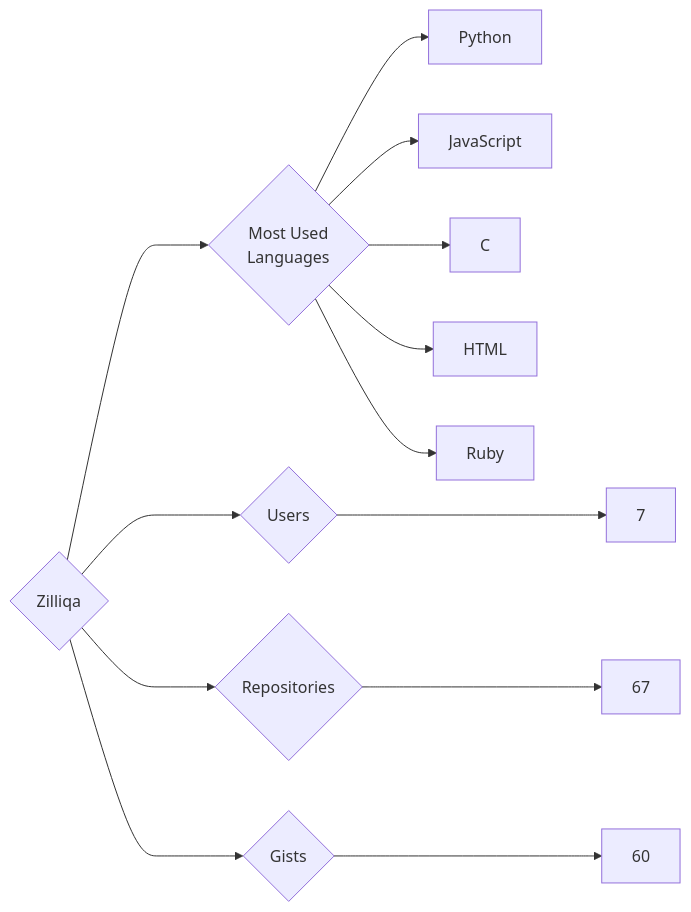
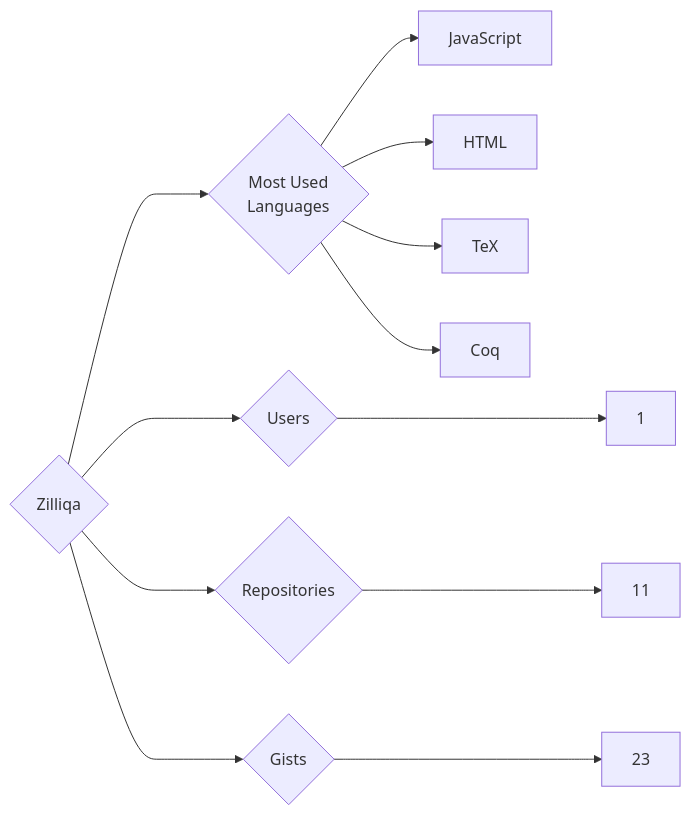
One commit to trickest/insiders changed the diagram in targets/Zilliqa/README.md. Above: the diagram before and after it, drawn with Mermaid. The commit also changed 970 other files, not shown here.

````diff
--- a/targets/Zilliqa/README.md
+++ b/targets/Zilliqa/README.md
@@ -3,13 +3,12 @@
 ```mermaid
 graph LR
 COMPANY_NAME{Zilliqa}
-COMPANY_NAME ---> U{Users} ---> UN[7]
-COMPANY_NAME ---> R{Repositories} ---> RN[67]
-COMPANY_NAME ---> G{Gists} ---> GN[60]
+COMPANY_NAME ---> U{Users} ---> UN[1]
+COMPANY_NAME ---> R{Repositories} ---> RN[11]
+COMPANY_NAME ---> G{Gists} ---> GN[23]
 COMPANY_NAME ---> ML{Most Used<br>Languages}
-ML --> Python[Python]
 ML --> JavaScript[JavaScript]
-ML --> C[C]
 ML --> HTML[HTML]
-ML --> Ruby[Ruby]
+ML --> TeX[TeX]
+ML --> Coq[Coq]
 ```
````
